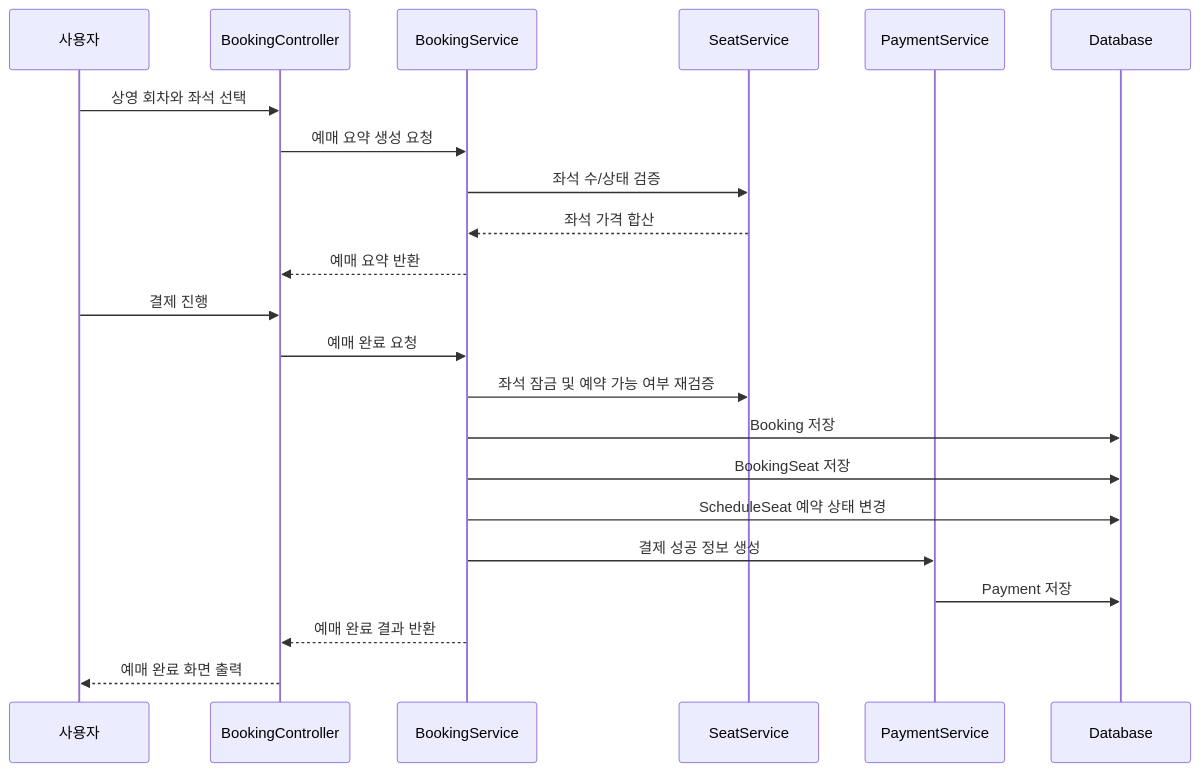
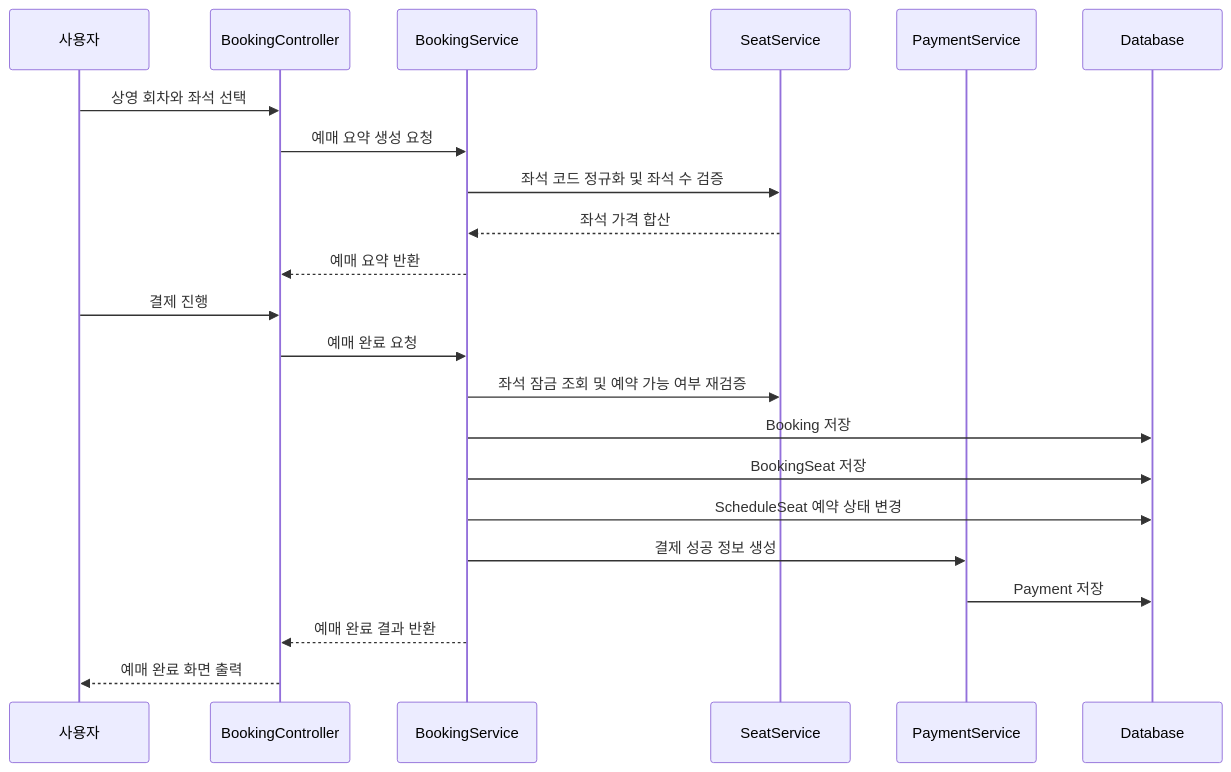
Before and after one commit to allen8524/cineflow-spring-boot: the third of 6 diagrams in README.md, drawn with Mermaid. The commit also changed other lines of this file, not shown here.

````diff
--- a/README.md
+++ b/README.md
@@ -326,25 +343,25 @@
 ```mermaid
 sequenceDiagram
     participant User as 사용자
     participant Controller as BookingController
     participant Booking as BookingService
     participant Seat as SeatService
     participant Payment as PaymentService
     participant DB as Database
 
     User->>Controller: 상영 회차와 좌석 선택
     Controller->>Booking: 예매 요약 생성 요청
-    Booking->>Seat: 좌석 수/상태 검증
+    Booking->>Seat: 좌석 코드 정규화 및 좌석 수 검증
     Seat-->>Booking: 좌석 가격 합산
     Booking-->>Controller: 예매 요약 반환
     User->>Controller: 결제 진행
     Controller->>Booking: 예매 완료 요청
-    Booking->>Seat: 좌석 잠금 및 예약 가능 여부 재검증
+    Booking->>Seat: 좌석 잠금 조회 및 예약 가능 여부 재검증
     Booking->>DB: Booking 저장
     Booking->>DB: BookingSeat 저장
     Booking->>DB: ScheduleSeat 예약 상태 변경
     Booking->>Payment: 결제 성공 정보 생성
     Payment->>DB: Payment 저장
     Booking-->>Controller: 예매 완료 결과 반환
     Controller-->>User: 예매 완료 화면 출력
 ```
````
